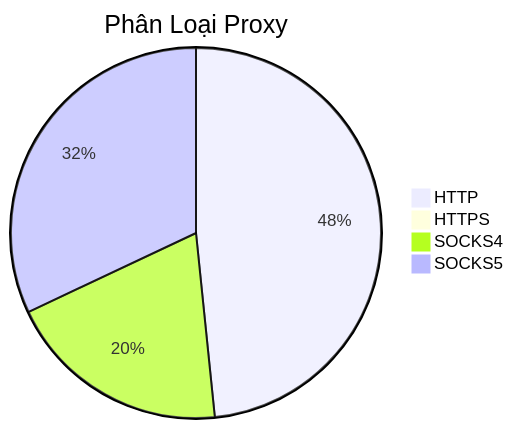
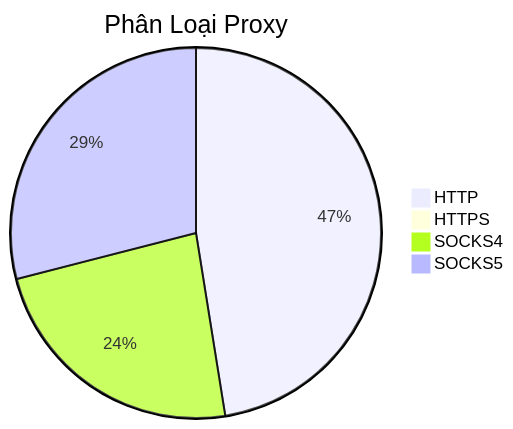
Before and after one commit to Ciara-12/PROXY-free: the diagram in README.md, drawn with Mermaid. The commit also changed other lines of this file and 4 other files, not shown here.

````diff
--- a/README.md
+++ b/README.md
@@ -26,7 +26,7 @@
 ```mermaid
 pie title Phân Loại Proxy
-    "HTTP" : 804
-    "HTTPS" : 1
-    "SOCKS4" : 326
-    "SOCKS5" : 532
+    "HTTP" : 676
+    "HTTPS" : 0
+    "SOCKS4" : 335
+    "SOCKS5" : 413
 ```
````
